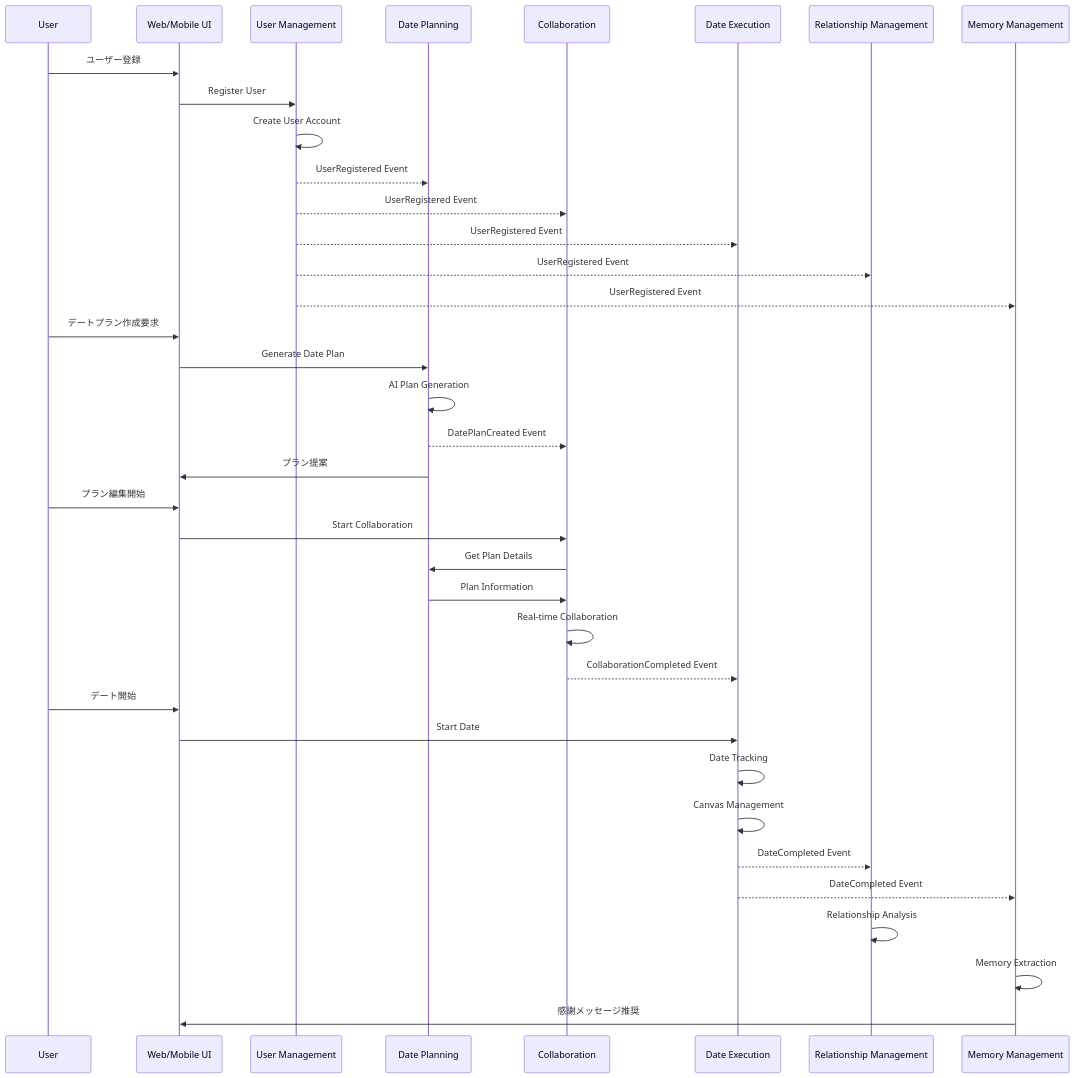
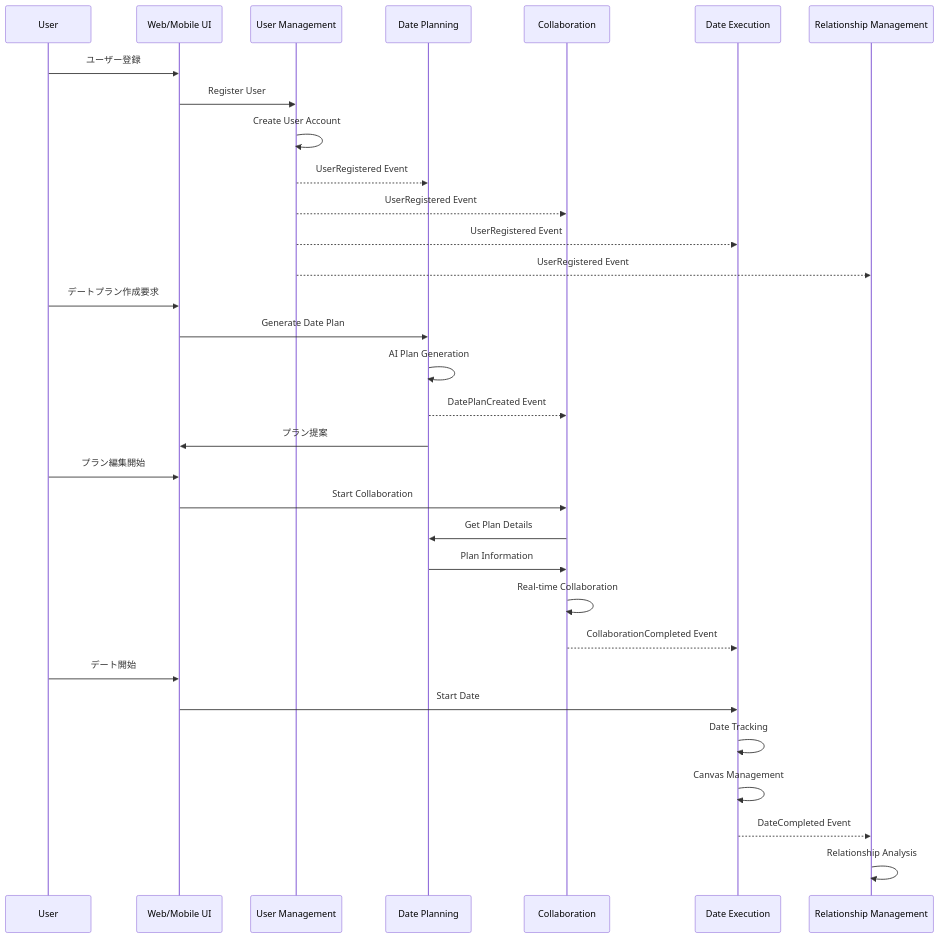
Before and after one commit to kojileo/coupleplanportal: the second of 2 diagrams in Docs/コンテキストマップ.md, drawn with Mermaid. The commit also changed other lines of this file and 38 other files, not shown here.

````diff
--- a/Docs/コンテキストマップ.md
+++ b/Docs/コンテキストマップ.md
@@ -205,49 +193,44 @@
 ```mermaid
 sequenceDiagram
     participant U as User
     participant UI as Web/Mobile UI
     participant MS001 as User Management
     participant MS002 as Date Planning
     participant MS003 as Collaboration
     participant MS004 as Date Execution
     participant MS005 as Relationship Management
-    participant MS006 as Memory Management
 
     %% ユーザー登録・認証フロー
     U->>UI: ユーザー登録
     UI->>MS001: Register User
     MS001->>MS001: Create User Account
     MS001-->>MS002: UserRegistered Event
     MS001-->>MS003: UserRegistered Event
     MS001-->>MS004: UserRegistered Event
     MS001-->>MS005: UserRegistered Event
-    MS001-->>MS006: UserRegistered Event
 
     %% デートプラン作成フロー
     U->>UI: デートプラン作成要求
     UI->>MS002: Generate Date Plan
     MS002->>MS002: AI Plan Generation
     MS002-->>MS003: DatePlanCreated Event
     MS002->>UI: プラン提案
 
     %% 協働編集フロー
     U->>UI: プラン編集開始
     UI->>MS003: Start Collaboration
     MS003->>MS002: Get Plan Details
     MS002->>MS003: Plan Information
     MS003->>MS003: Real-time Collaboration
     MS003-->>MS004: CollaborationCompleted Event
 
     %% デート実行フロー
     U->>UI: デート開始
     UI->>MS004: Start Date
     MS004->>MS004: Date Tracking
     MS004->>MS004: Canvas Management
     MS004-->>MS005: DateCompleted Event
-    MS004-->>MS006: DateCompleted Event
 
     %% 関係性分析・思い出抽出フロー
     MS005->>MS005: Relationship Analysis
-    MS006->>MS006: Memory Extraction
-    MS006->>UI: 感謝メッセージ推奨
 ```
````
